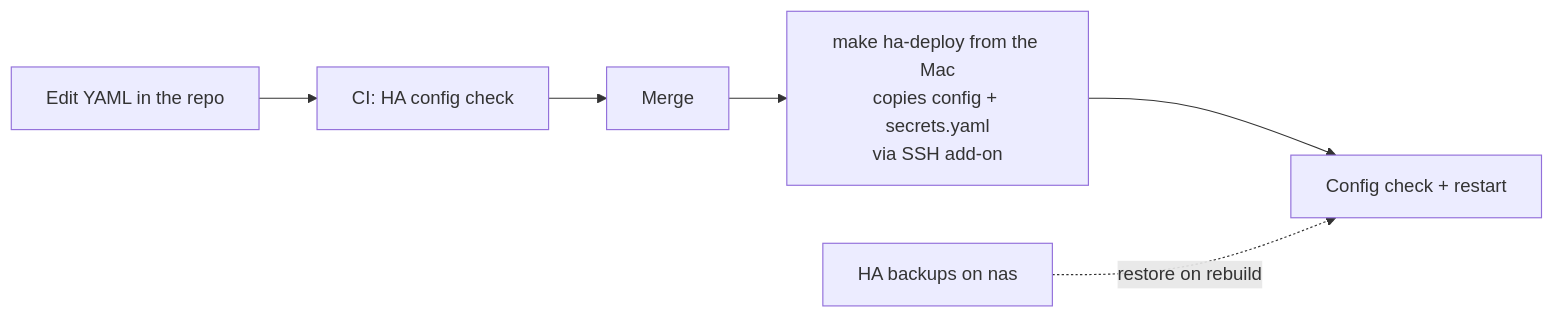
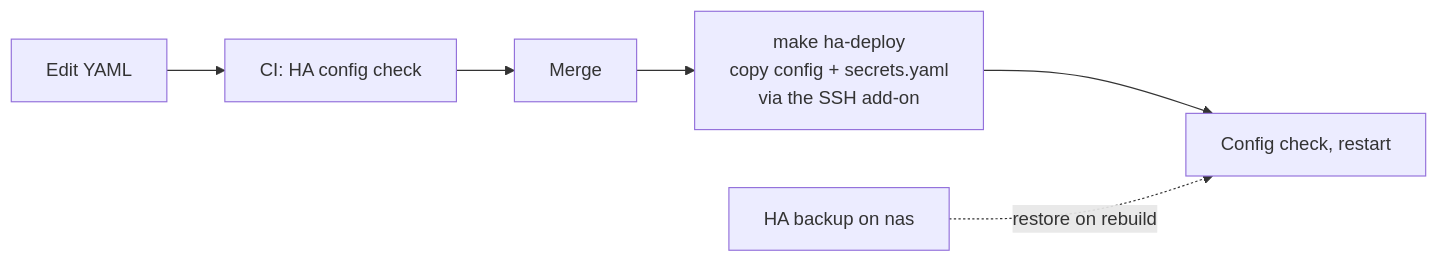
One commit to atahan99/proxmox-infra-iac changed the diagram in docs/home-assistant-as-code.md. Above: the diagram before and after it, drawn with Mermaid. The commit also changed other lines of this file and 17 other files, not shown here.

````diff
--- a/docs/home-assistant-as-code.md
+++ b/docs/home-assistant-as-code.md
@@ -23,5 +14,5 @@
 ```mermaid
 flowchart LR
-  E["Edit YAML in the repo"] --> CI["CI: HA config check"] --> M["Merge"] --> AN["make ha-deploy from the Mac<br/>copies config + secrets.yaml<br/>via SSH add-on"] --> HA["Config check + restart"]
-  B["HA backups on nas"] -. "restore on rebuild" .-> HA
+  E["Edit YAML"] --> CI["CI: HA config check"] --> M["Merge"] --> D["make ha-deploy<br/>copy config + secrets.yaml<br/>via the SSH add-on"] --> HA["Config check, restart"]
+  B["HA backup on nas"] -. "restore on rebuild" .-> HA
 ```
````
